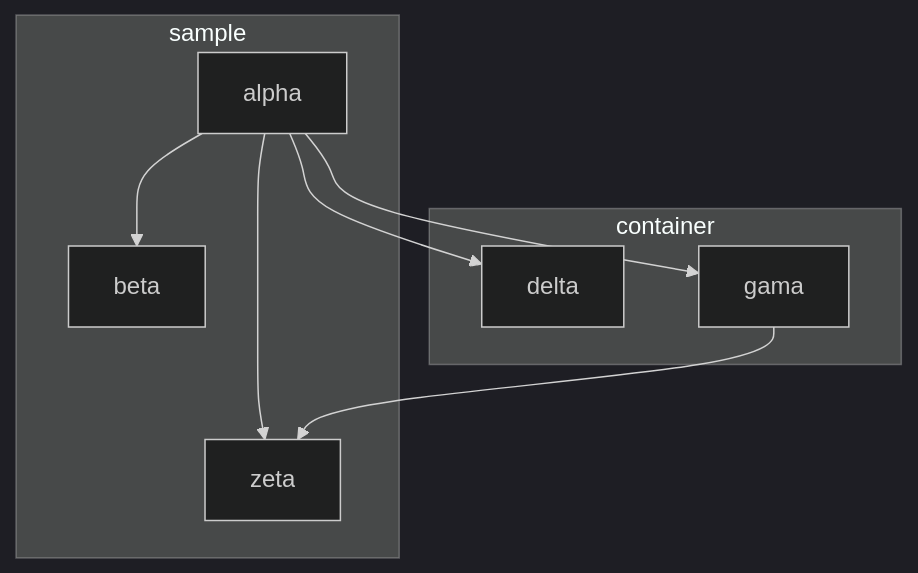
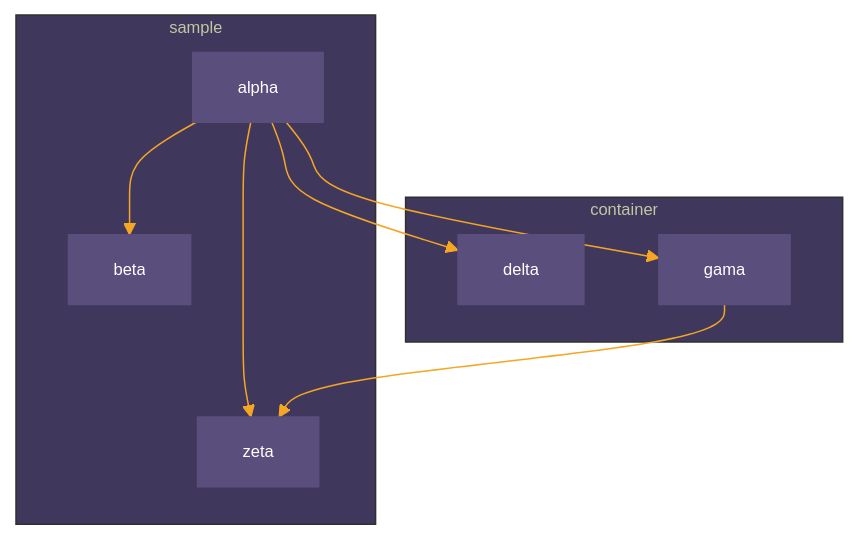
One commit to iurysza/module-graph changed the diagram in sample/README.md. Above: the diagram before and after it, drawn with Mermaid. The commit also changed 1 other file, not shown here.

Commit message:
Apply custom themeVariables to sample project

````diff
--- a/sample/README.md
+++ b/sample/README.md
@@ -3,23 +3,24 @@
 ```mermaid
 %%{
   init: {
-    'theme': 'dark'
+    'theme': 'base',
+	'themeVariables': {"primaryTextColor":"#fff","primaryColor":"#5a4f7c","primaryBorderColor":"#5a4f7c","lineColor":"#f5a623","tertiaryColor":"#40375c","fontSize":"11px"}
   }
 }%%
 
 graph TB
   subgraph sample
     alpha
     beta
     zeta
   end
   subgraph container
     delta
     gama
   end
   alpha --> zeta
   alpha --> beta
   alpha --> gama
   alpha --> delta
   gama --> zeta
 ```
````
